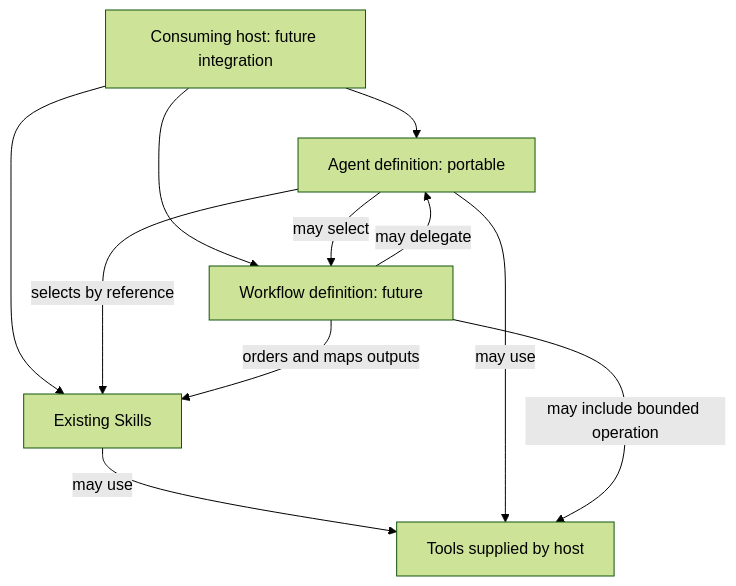
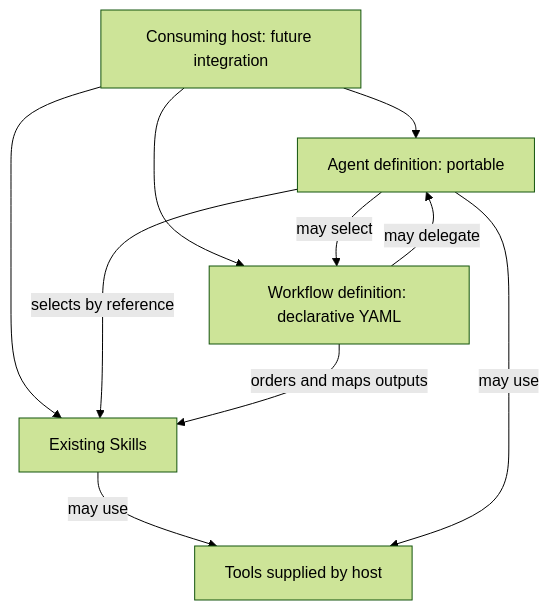
The diagram in docs/architecture.md (jac2206/agentic-skills), drawn with Mermaid (forest theme) before and after one commit. The commit also changed other lines of this file and 38 other files, not shown here.

Commit message:
feat: new skill diagrams and example workflows

````diff
--- a/docs/architecture.md
+++ b/docs/architecture.md
@@ -100,13 +105,12 @@
 ```mermaid
 flowchart TD
     H["Consuming host: future integration"] --> A["Agent definition: portable"]
-    H --> W["Workflow definition: future"]
+    H --> W["Workflow definition: declarative YAML"]
     H --> S["Existing Skills"]
     A -->|selects by reference| S
     A -->|may select| W
     W -->|orders and maps outputs| S
     W -->|may delegate| A
     S -->|may use| T["Tools supplied by host"]
     A -->|may use| T
-    W -->|may include bounded operation| T
 ```
````
